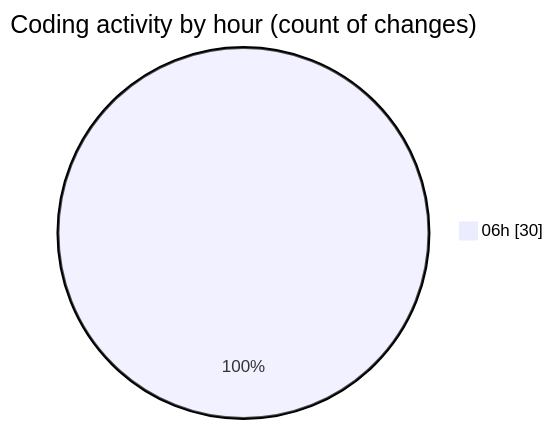
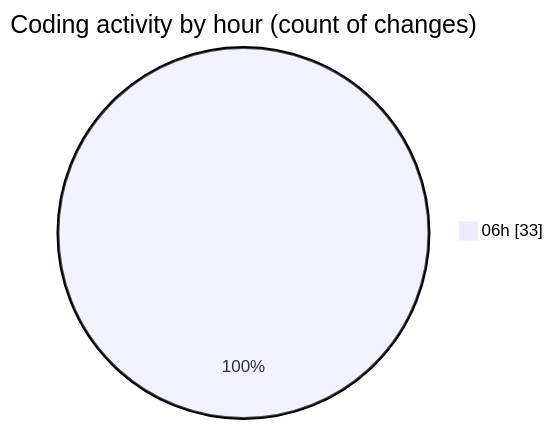
Before and after one commit to charlie-sans/code-tracking: the second of 2 diagrams in 2025-02-21/micros/README.md, drawn with Mermaid. The commit also changed other lines of this file and 1 other file, not shown here.

````diff
--- a/2025-02-21/micros/README.md
+++ b/2025-02-21/micros/README.md
@@ -49,5 +49,5 @@
 ```mermaid
 pie showData
 title Coding activity by hour (count of changes)
-"06h" : 30
+"06h" : 33
 ```
````
